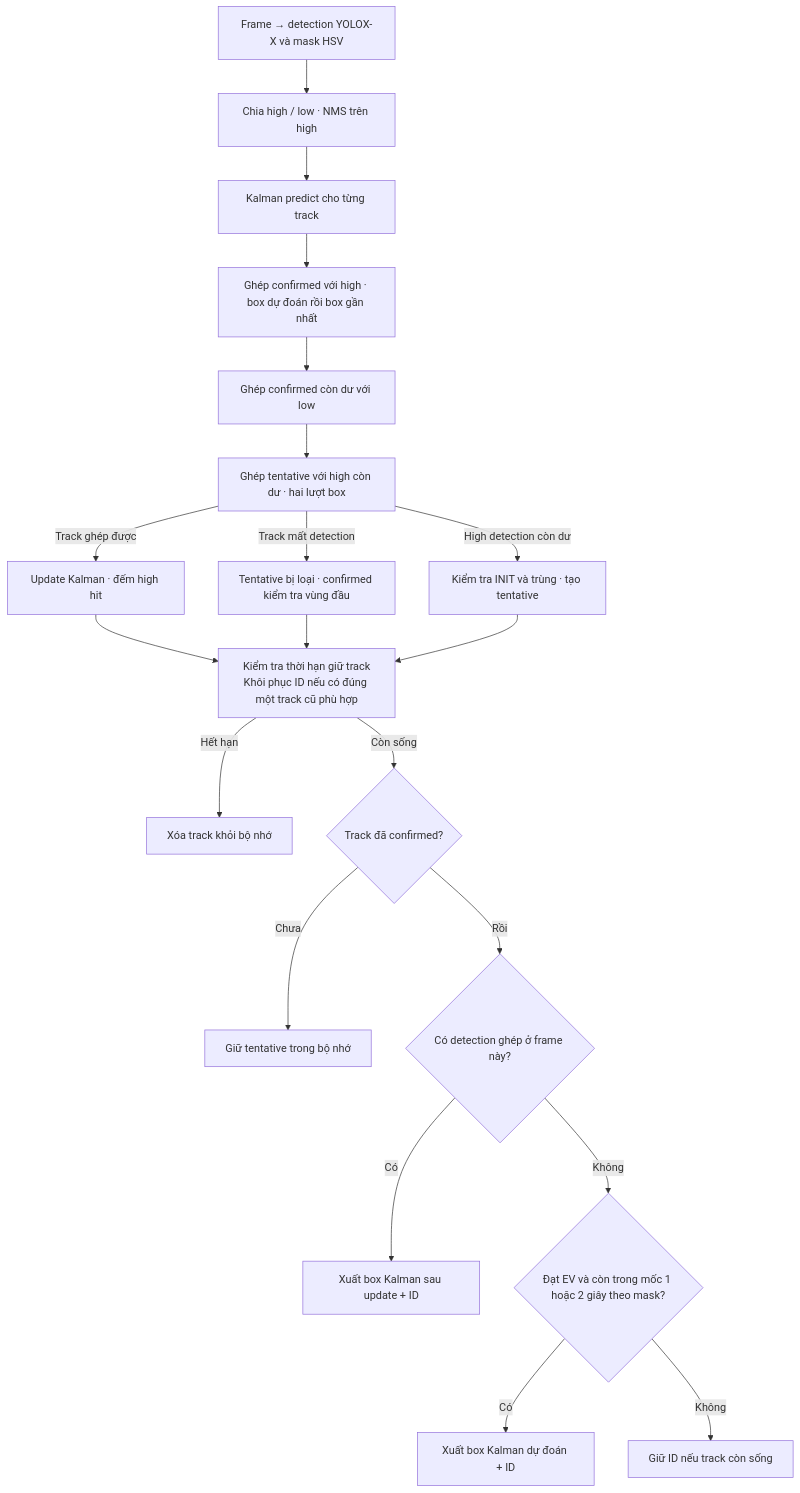
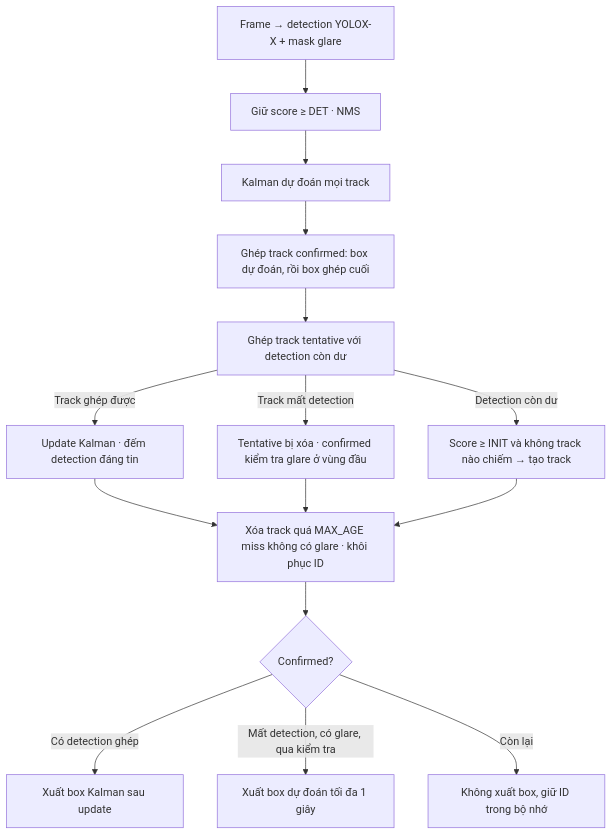
The diagram in docs/METHOD.md (minhdq245/exsort), drawn with Mermaid before and after one commit. The commit also changed other lines of this file and 26 other files, not shown here.

````diff
--- a/docs/METHOD.md
+++ b/docs/METHOD.md
@@ -5,22 +5,17 @@
 ```mermaid
 flowchart TD
-    A["Frame → detection YOLOX-X và mask HSV"] --> B["Chia high / low · NMS trên high"]
-    B --> C["Kalman predict cho từng track"]
-    C --> D["Ghép confirmed với high · box dự đoán rồi box gần nhất"]
-    D --> E["Ghép confirmed còn dư với low"]
-    E --> F["Ghép tentative với high còn dư · hai lượt box"]
-    F -->|Track ghép được| G["Update Kalman · đếm high hit"]
-    F -->|Track mất detection| H["Tentative bị loại · confirmed kiểm tra vùng đầu"]
-    F -->|High detection còn dư| I["Kiểm tra INIT và trùng · tạo tentative"]
-    G --> J["Kiểm tra thời hạn giữ track<br/>Khôi phục ID nếu có đúng một track cũ phù hợp"]
-    H --> J
-    I --> J
-    J -->|Hết hạn| R["Xóa track khỏi bộ nhớ"]
-    J -->|Còn sống| K{"Track đã confirmed?"}
-    K -->|Chưa| L["Giữ tentative trong bộ nhớ"]
-    K -->|Rồi| M{"Có detection ghép ở frame này?"}
-    M -->|Có| N["Xuất box Kalman sau update + ID"]
-    M -->|Không| O{"Đạt EV và còn trong mốc 1 hoặc 2 giây theo mask?"}
-    O -->|Có| P["Xuất box Kalman dự đoán + ID"]
-    O -->|Không| Q["Giữ ID nếu track còn sống"]
+    A["Frame → detection YOLOX-X + mask glare"] --> B["Giữ score ≥ DET · NMS"]
+    B --> C["Kalman dự đoán mọi track"]
+    C --> D["Ghép track confirmed: box dự đoán, rồi box ghép cuối"]
+    D --> E["Ghép track tentative với detection còn dư"]
+    E -->|Track ghép được| F["Update Kalman · đếm detection đáng tin"]
+    E -->|Track mất detection| G["Tentative bị xóa · confirmed kiểm tra glare ở vùng đầu"]
+    E -->|Detection còn dư| H["Score ≥ INIT và không track nào chiếm → tạo track"]
+    F --> I["Xóa track quá MAX_AGE miss không có glare · khôi phục ID"]
+    G --> I
+    H --> I
+    I --> J{"Confirmed?"}
+    J -->|Có detection ghép| K["Xuất box Kalman sau update"]
+    J -->|Mất detection, có glare, qua kiểm tra| L["Xuất box dự đoán tối đa 1 giây"]
+    J -->|Còn lại| M["Không xuất box, giữ ID trong bộ nhớ"]
 ```
````
